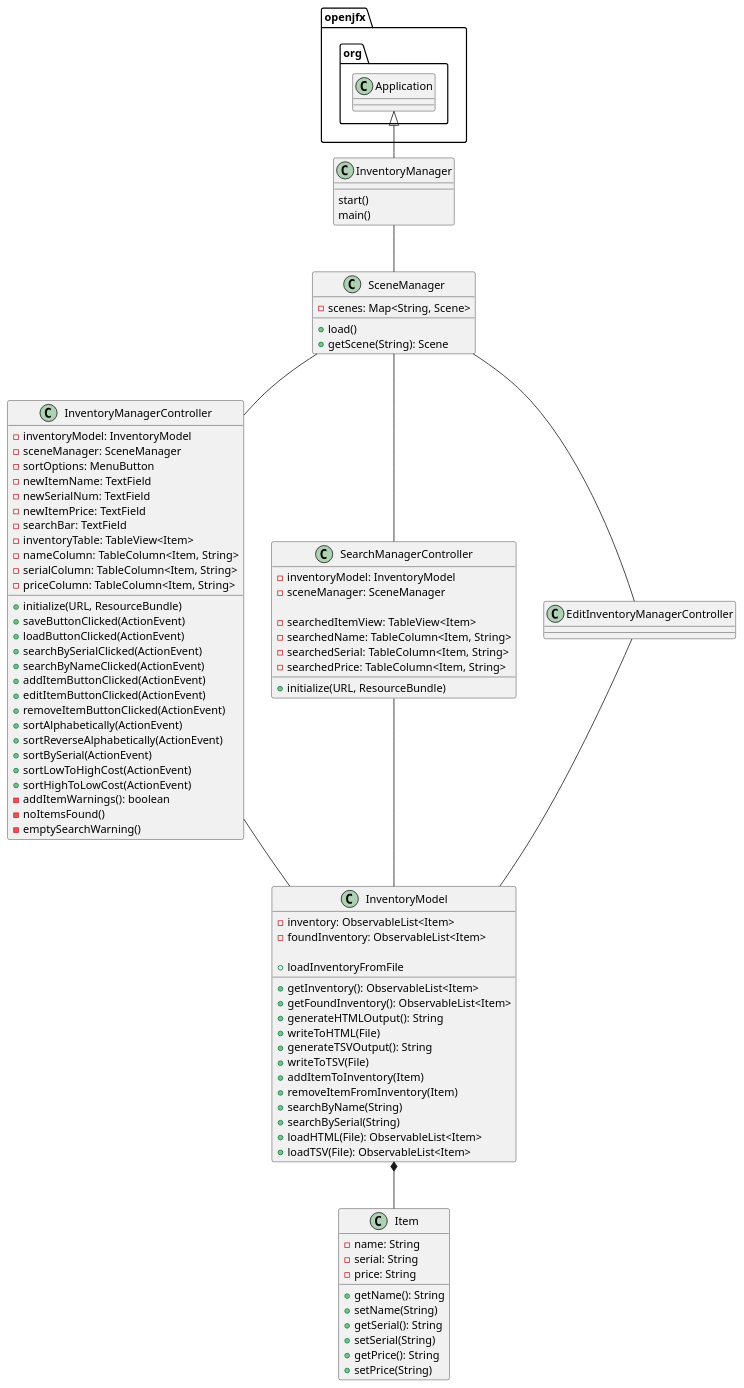
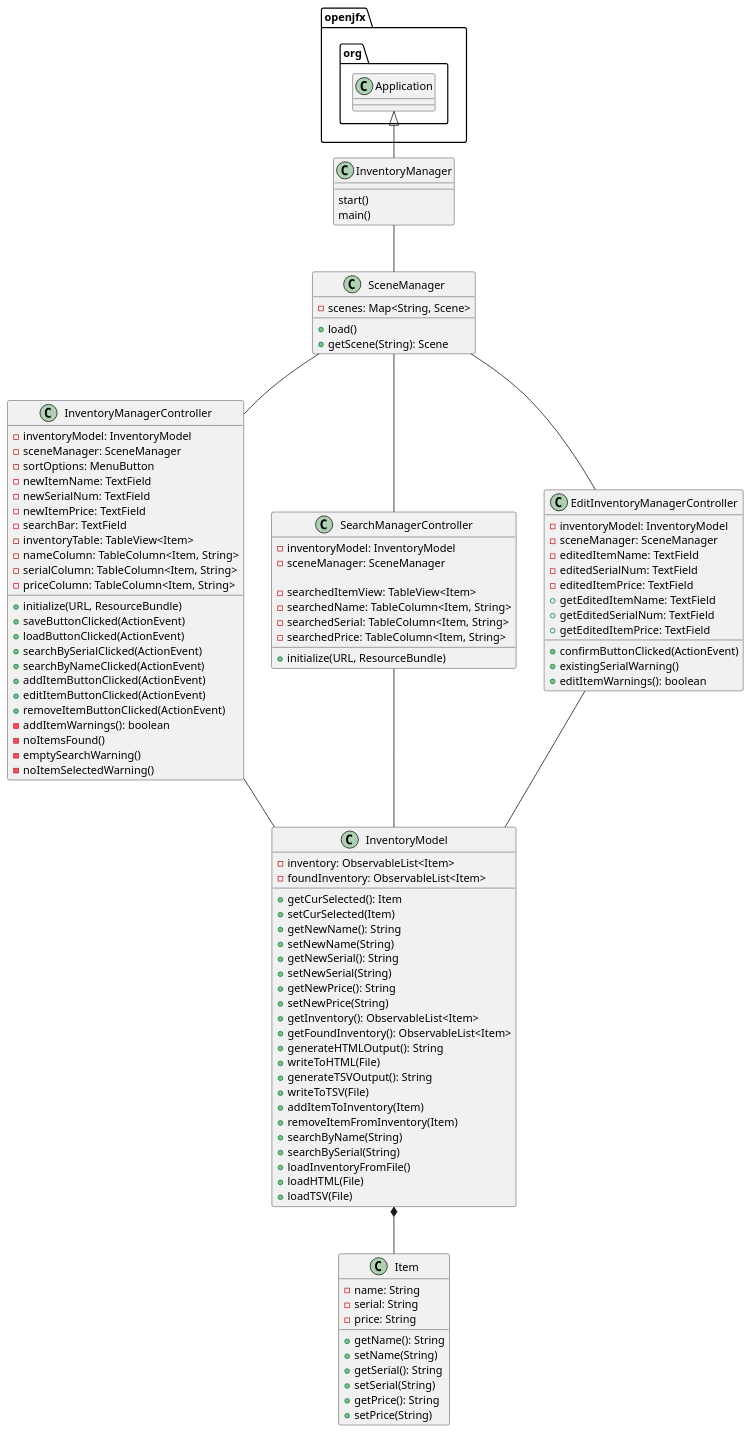
One commit to carcmross/cross-3768-a5 changed the diagram in uml/Assignment5ClassDiagram.puml. Above: the diagram before and after it, drawn with PlantUML. The commit also changed 2 other files, not shown here.

Commit message:
Updated UML

```diff
--- a/uml/Assignment5ClassDiagram.puml
+++ b/uml/Assignment5ClassDiagram.puml
@@ -1,99 +1,118 @@
 @startuml
 'https://plantuml.com/class-diagram
 
 class InventoryManager {
 start()
 main()
 }
 
 class InventoryManagerController {
 - inventoryModel: InventoryModel
 - sceneManager: SceneManager
 - sortOptions: MenuButton
 - newItemName: TextField
 - newSerialNum: TextField
 - newItemPrice: TextField
 - searchBar: TextField
 - inventoryTable: TableView<Item>
 - nameColumn: TableColumn<Item, String>
 - serialColumn: TableColumn<Item, String>
 - priceColumn: TableColumn<Item, String>
+
 + initialize(URL, ResourceBundle)
 + saveButtonClicked(ActionEvent)
 + loadButtonClicked(ActionEvent)
 + searchBySerialClicked(ActionEvent)
 + searchByNameClicked(ActionEvent)
 + addItemButtonClicked(ActionEvent)
 + editItemButtonClicked(ActionEvent)
 + removeItemButtonClicked(ActionEvent)
-+ sortAlphabetically(ActionEvent)
-+ sortReverseAlphabetically(ActionEvent)
-+ sortBySerial(ActionEvent)
-+ sortLowToHighCost(ActionEvent)
-+ sortHighToLowCost(ActionEvent)
 - addItemWarnings(): boolean
 - noItemsFound()
 - emptySearchWarning()
+- noItemSelectedWarning()
 }
 
 class InventoryModel {
 - inventory: ObservableList<Item>
 - foundInventory: ObservableList<Item>
 
++ getCurSelected(): Item
++ setCurSelected(Item)
++ getNewName(): String
++ setNewName(String)
++ getNewSerial(): String
++ setNewSerial(String)
++ getNewPrice(): String
++ setNewPrice(String)
 + getInventory(): ObservableList<Item>
 + getFoundInventory(): ObservableList<Item>
 + generateHTMLOutput(): String
 + writeToHTML(File)
 + generateTSVOutput(): String
 + writeToTSV(File)
 + addItemToInventory(Item)
 + removeItemFromInventory(Item)
 + searchByName(String)
 + searchBySerial(String)
-+ loadInventoryFromFile
-+ loadHTML(File): ObservableList<Item>
-+ loadTSV(File): ObservableList<Item>
++ loadInventoryFromFile()
++ loadHTML(File)
++ loadTSV(File)
 }
 
 class Item {
 - name: String
 - serial: String
 - price: String
 
 + getName(): String
 + setName(String)
 + getSerial(): String
 + setSerial(String)
 + getPrice(): String
 + setPrice(String)
 }
 
 class SceneManager {
 - scenes: Map<String, Scene>
 
 + load()
 + getScene(String): Scene
 }
 
 class SearchManagerController {
 - inventoryModel: InventoryModel
 - sceneManager: SceneManager
 
 - searchedItemView: TableView<Item>
 - searchedName: TableColumn<Item, String>
 - searchedSerial: TableColumn<Item, String>
 - searchedPrice: TableColumn<Item, String>
 + initialize(URL, ResourceBundle)
 }
 
+class EditInventoryManagerController {
+- inventoryModel: InventoryModel
+- sceneManager: SceneManager
+- editedItemName: TextField
+- editedSerialNum: TextField
+- editedItemPrice: TextField
++ getEditedItemName: TextField
++ getEditedSerialNum: TextField
++ getEditedItemPrice: TextField
++ confirmButtonClicked(ActionEvent)
++ existingSerialWarning()
++ editItemWarnings(): boolean
+}
+
 openjfx.org.Application <|-- InventoryManager
 InventoryManager -- SceneManager
 SceneManager -- InventoryManagerController
 SceneManager -- SearchManagerController
 SceneManager -- EditInventoryManagerController
 InventoryManagerController -- InventoryModel
 SearchManagerController -- InventoryModel
 EditInventoryManagerController -- InventoryModel
 InventoryModel *-- Item
 
 @enduml
```
